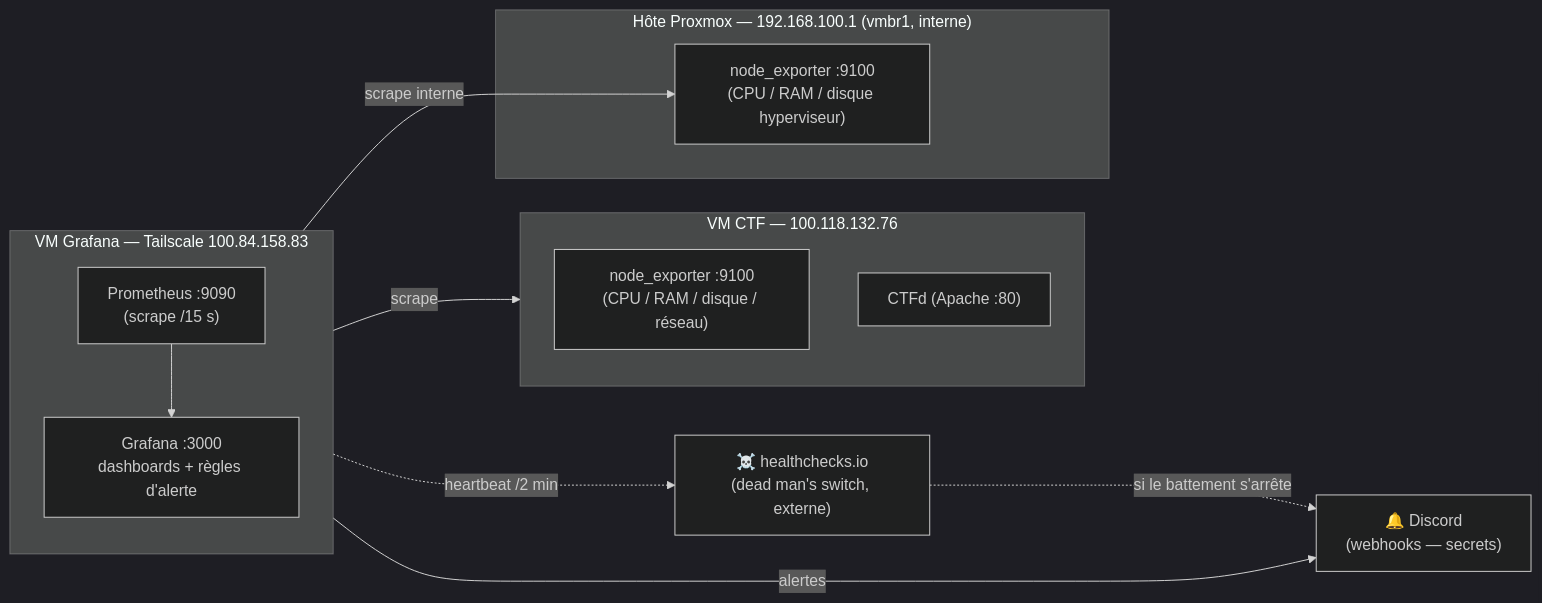
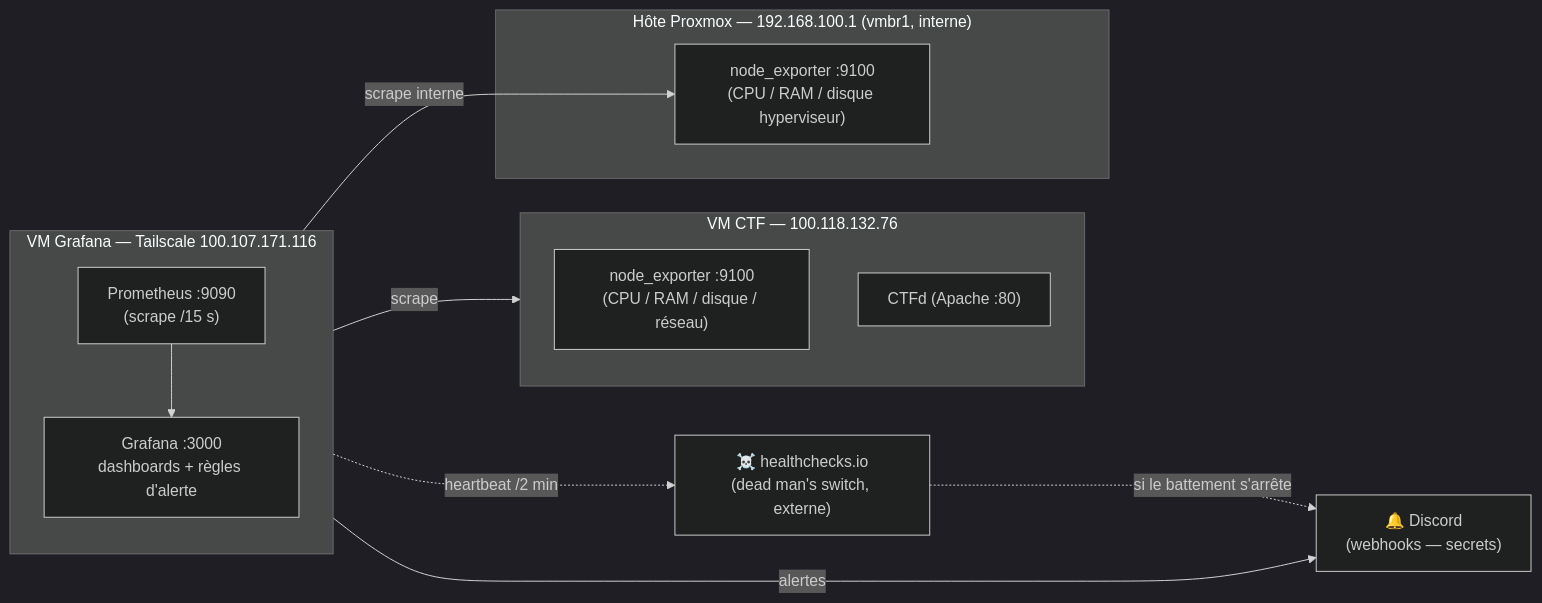
One commit to Jacob-dot-bit/RootMeUp changed the diagram in docs/SUPERVISION.md. Above: the diagram before and after it, drawn with Mermaid (dark theme). The commit also changed other lines of this file, not shown here.

Commit message:
docs(supervision): Grafana sur le tailnet consolidé (grafana.tail8588a8.ts.net / 100.107.171.116)

````diff
--- a/docs/SUPERVISION.md
+++ b/docs/SUPERVISION.md
@@ -9,28 +9,28 @@
 ```mermaid
 flowchart LR
-    subgraph grafana_vm["VM Grafana — Tailscale 100.84.158.83"]
+    subgraph grafana_vm["VM Grafana — Tailscale 100.107.171.116"]
         direction TB
         prometheus["Prometheus :9090<br/>(scrape /15 s)"]
         grafana["Grafana :3000<br/>dashboards + règles d'alerte"]
         prometheus --> grafana
     end
 
     subgraph ctf_vm["VM CTF — 100.118.132.76"]
         direction TB
         node["node_exporter :9100<br/>(CPU / RAM / disque / réseau)"]
         ctfd["CTFd (Apache :80)"]
     end
 
     subgraph pve["Hôte Proxmox — 192.168.100.1 (vmbr1, interne)"]
         pnode["node_exporter :9100<br/>(CPU / RAM / disque hyperviseur)"]
     end
 
     discord["🔔 Discord<br/>(webhooks — secrets)"]
     hc["☠️ healthchecks.io<br/>(dead man's switch, externe)"]
 
     prometheus -->|scrape| node
     prometheus -->|scrape interne| pnode
     grafana -->|alertes| discord
     grafana_vm -.->|heartbeat /2 min| hc
     hc -.->|si le battement s'arrête| discord
 ```
````
